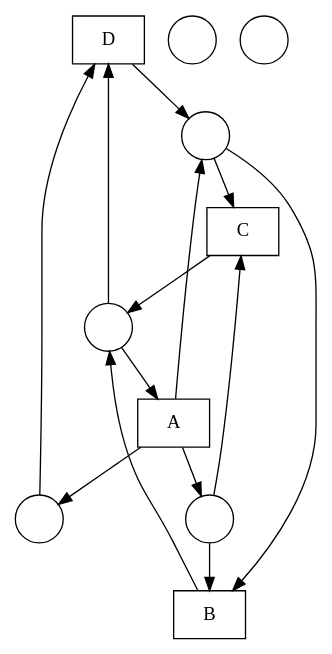
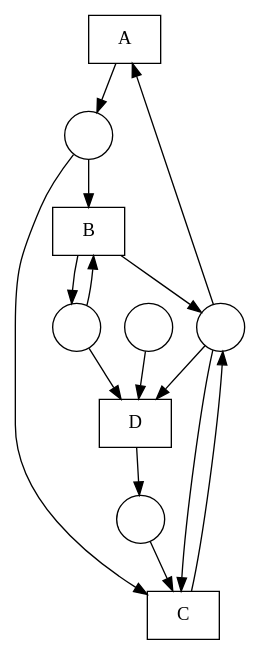
One commit to DWitek97/GeneticMiner changed the diagram in nets/Fittest net.gv. Above: the diagram before and after it, drawn with Graphviz. The commit also changed 2 other files, not shown here.

```diff
--- a/nets/Fittest net.gv
+++ b/nets/Fittest net.gv
@@ -1,27 +1,27 @@
 digraph "Fittest net" {
 	node [shape=box]
+	A [label=A]
+	B [label=B]
 	D [label=D]
 	C [label=C]
-	A [label=A]
-	B [label=B]
 	node [shape=circle]
 	1 [label=" "]
 	2 [label=" "]
 	3 [label=" "]
 	4 [label=" "]
 	5 [label=" "]
-	6 [label=" "]
+	1 -> A
+	A -> 2
+	3 -> B
+	2 -> B
+	B -> 1
+	B -> 3
 	1 -> D
+	5 -> D
 	3 -> D
-	D -> 2
+	D -> 4
+	1 -> C
 	2 -> C
 	4 -> C
 	C -> 1
-	1 -> A
-	A -> 2
-	A -> 3
-	A -> 4
-	4 -> B
-	2 -> B
-	B -> 1
 }
```
